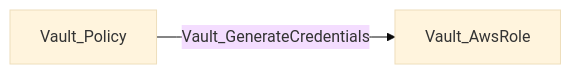
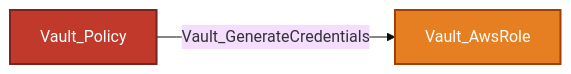
The third of 29 diagrams in Documentation/stores/MOUNTS.md (bytewreck/opengraph-vault), drawn with Mermaid (base theme) before and after one commit. The commit also changed other lines of this file and 4 other files, not shown here.

````diff
--- a/Documentation/stores/MOUNTS.md
+++ b/Documentation/stores/MOUNTS.md
@@ -135,4 +145,7 @@
 ```mermaid
 flowchart LR
-    policy[Vault_Policy] -->|Vault_GenerateCredentials| role[Vault_AwsRole]
+    policy[Vault_Policy]:::policyNode -->|Vault_GenerateCredentials| role[Vault_AwsRole]:::secretObjectNode
+
+    classDef policyNode fill:#C0392B,color:#fff,stroke:#7B241C,stroke-width:2px
+    classDef secretObjectNode fill:#E67E22,color:#fff,stroke:#A04000,stroke-width:2px
 ```
````
